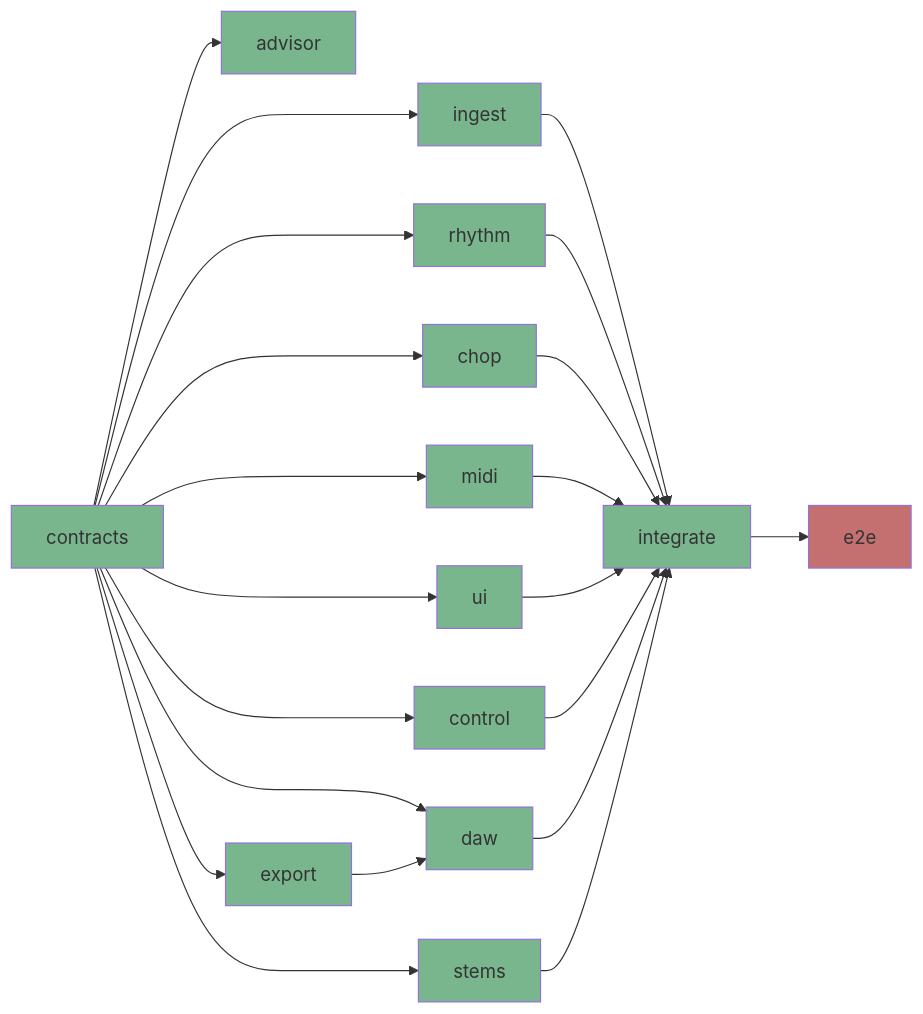
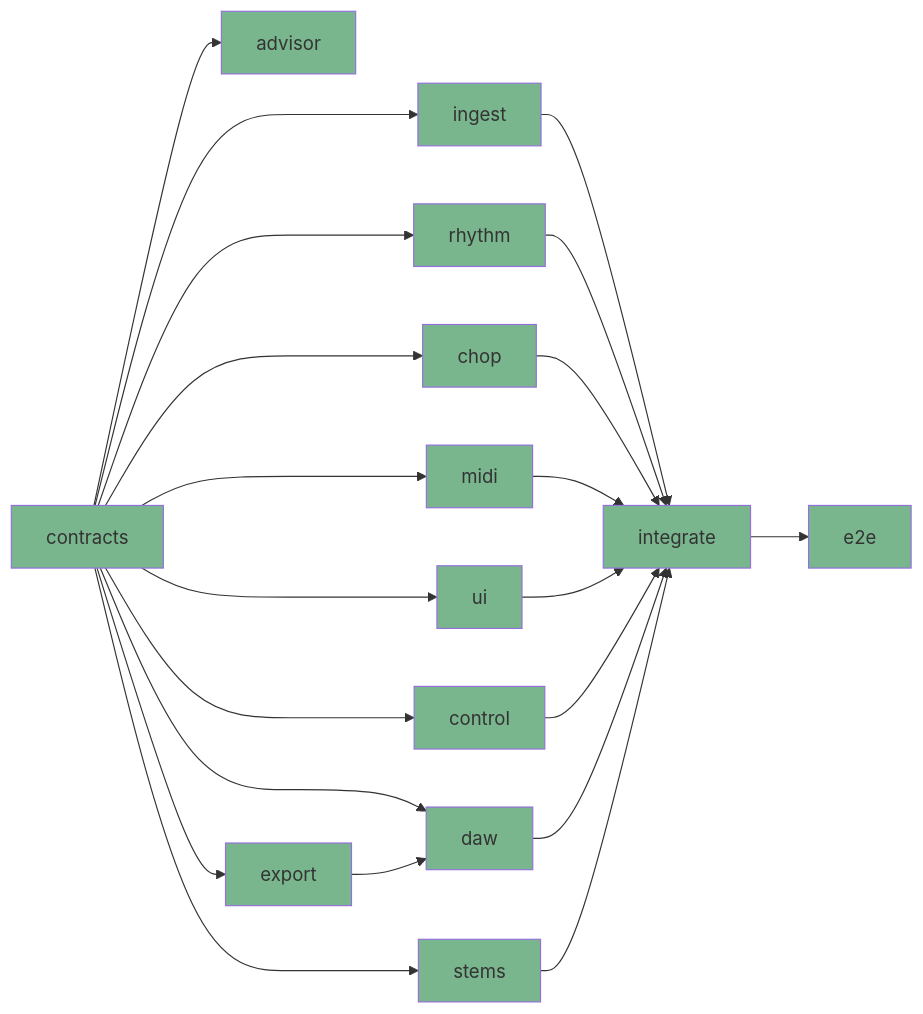
The diagram in docs/STATUS.md (kyl-er/choppad), drawn with Mermaid before and after one commit. The commit also changed other lines of this file and 3 other files, not shown here.

````diff
--- a/docs/STATUS.md
+++ b/docs/STATUS.md
@@ -21,36 +21,36 @@
 ```mermaid
 graph LR
   contracts --> ingest
   contracts --> rhythm
   contracts --> chop
   contracts --> midi
   contracts --> ui
   contracts --> advisor
   contracts --> control
   contracts --> stems
   contracts --> export
   contracts --> daw
   export --> daw
   ingest --> integrate
   rhythm --> integrate
   chop --> integrate
   midi --> integrate
   ui --> integrate
   control --> integrate
   daw --> integrate
   stems --> integrate
   integrate --> e2e
   style contracts fill:#79b58d
   style ingest fill:#79b58d
   style rhythm fill:#79b58d
   style chop fill:#79b58d
   style midi fill:#79b58d
   style ui fill:#79b58d
   style advisor fill:#79b58d
   style control fill:#79b58d
   style stems fill:#79b58d
   style export fill:#79b58d
   style daw fill:#79b58d
   style integrate fill:#79b58d
-  style e2e fill:#c47070
+  style e2e fill:#79b58d
 ```
````
